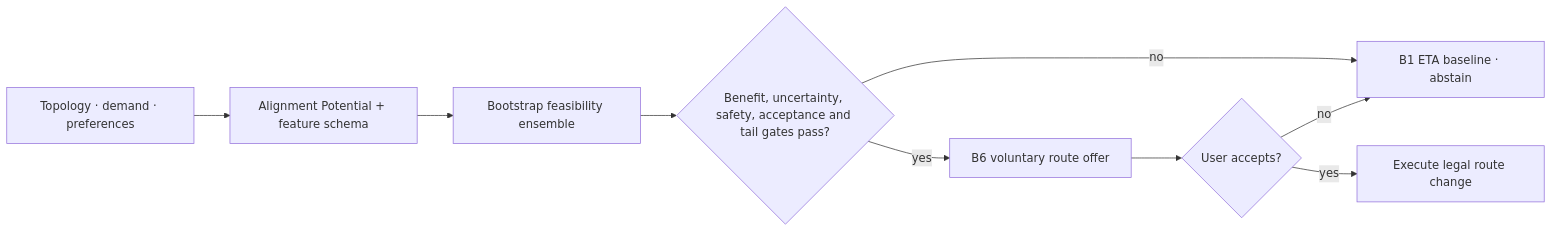
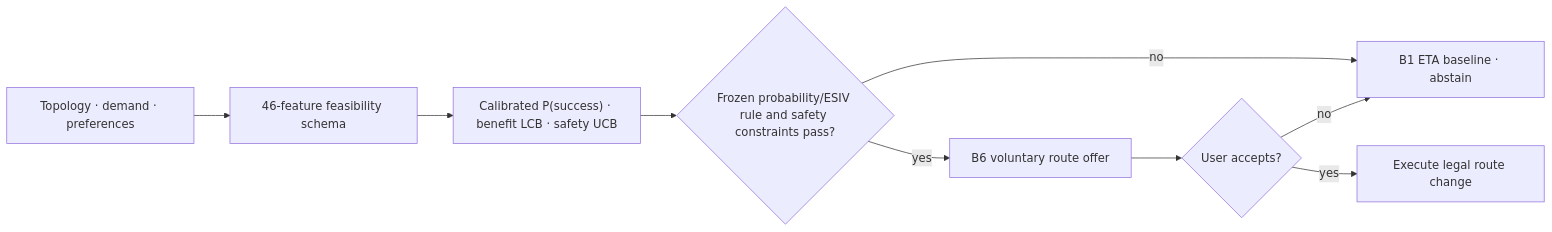
The diagram in README.md (Jaemin-K-An/Concordia), drawn with Mermaid before and after one commit. The commit also changed other lines of this file and 5 other files, not shown here.

````diff
--- a/README.md
+++ b/README.md
@@ -68,11 +72,11 @@
 ```mermaid
 flowchart LR
-    A["Topology · demand · preferences"] --> B["Alignment Potential + feature schema"]
-    B --> C["Bootstrap feasibility ensemble"]
-    C --> D{"Benefit, uncertainty, safety, acceptance and tail gates pass?"}
+    A["Topology · demand · preferences"] --> B["46-feature feasibility schema"]
+    B --> C["Calibrated P(success) · benefit LCB · safety UCB"]
+    C --> D{"Frozen probability/ESIV rule and safety constraints pass?"}
     D -->|"no"| E["B1 ETA baseline · abstain"]
     D -->|"yes"| F["B6 voluntary route offer"]
     F --> G{"User accepts?"}
     G -->|"yes"| H["Execute legal route change"]
     G -->|"no"| E
 ```
````
